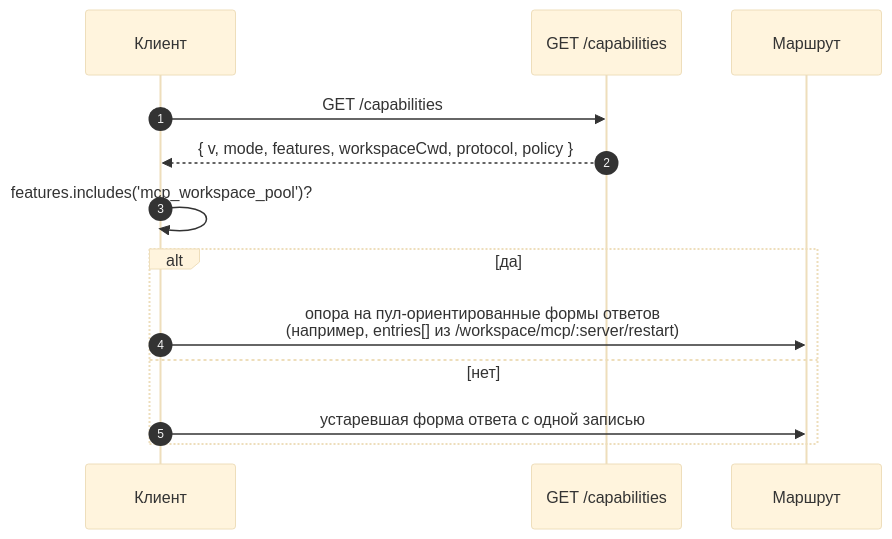
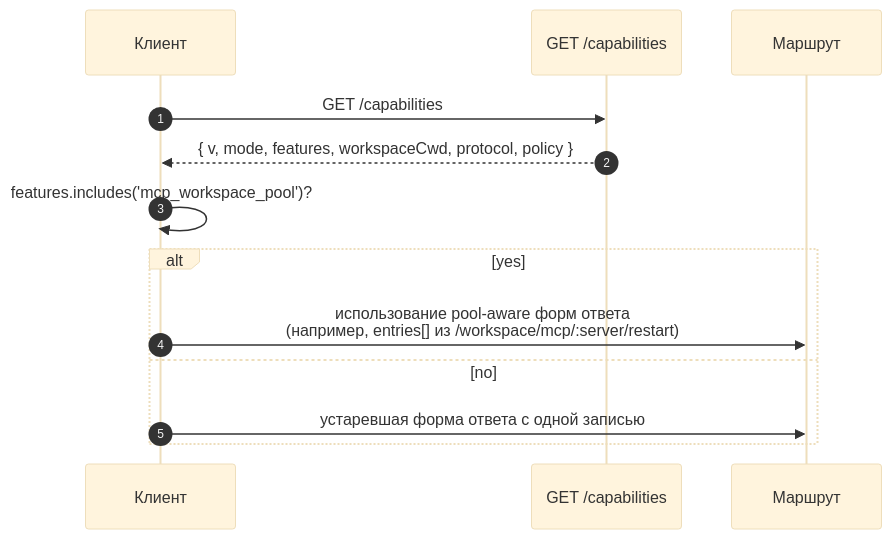
The second of 2 diagrams in website/content/ru/developers/daemon/11-capabilities-versioning.md (QwenLM/qwen-code-docs), drawn with Mermaid (base theme) before and after one commit. The commit also changed other lines of this file and 128 other files, not shown here.

````diff
--- a/website/content/ru/developers/daemon/11-capabilities-versioning.md
+++ b/website/content/ru/developers/daemon/11-capabilities-versioning.md
@@ -142,16 +142,16 @@
 ```mermaid
 sequenceDiagram
     autonumber
     participant C as Клиент
     participant D as GET /capabilities
     participant R as Маршрут
 
     C->>D: GET /capabilities
     D-->>C: { v, mode, features, workspaceCwd, protocol, policy }
     C->>C: features.includes('mcp_workspace_pool')?
-    alt да
-        C->>R: опора на пул-ориентированные формы ответов<br/>(например, entries[] из /workspace/mcp/:server/restart)
-    else нет
+    alt yes
+        C->>R: использование pool-aware форм ответа<br/>(например, entries[] из /workspace/mcp/:server/restart)
+    else no
         C->>R: устаревшая форма ответа с одной записью
     end
 ```
````
